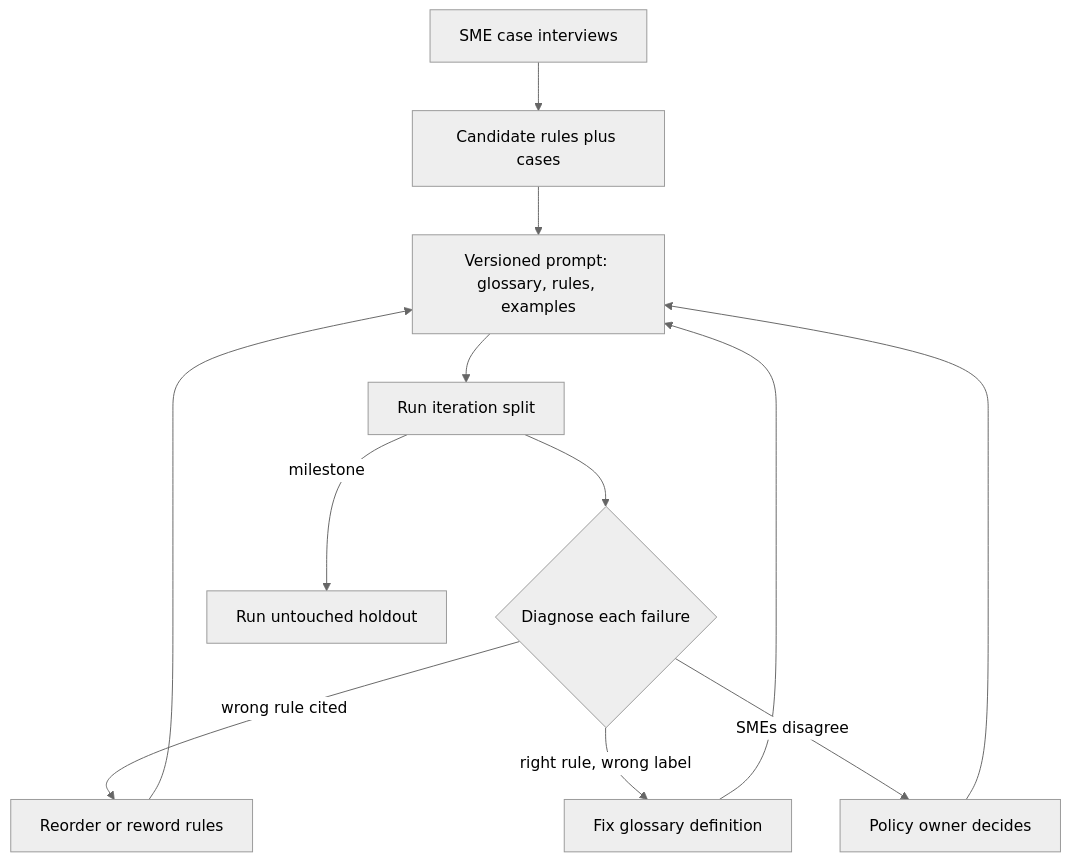
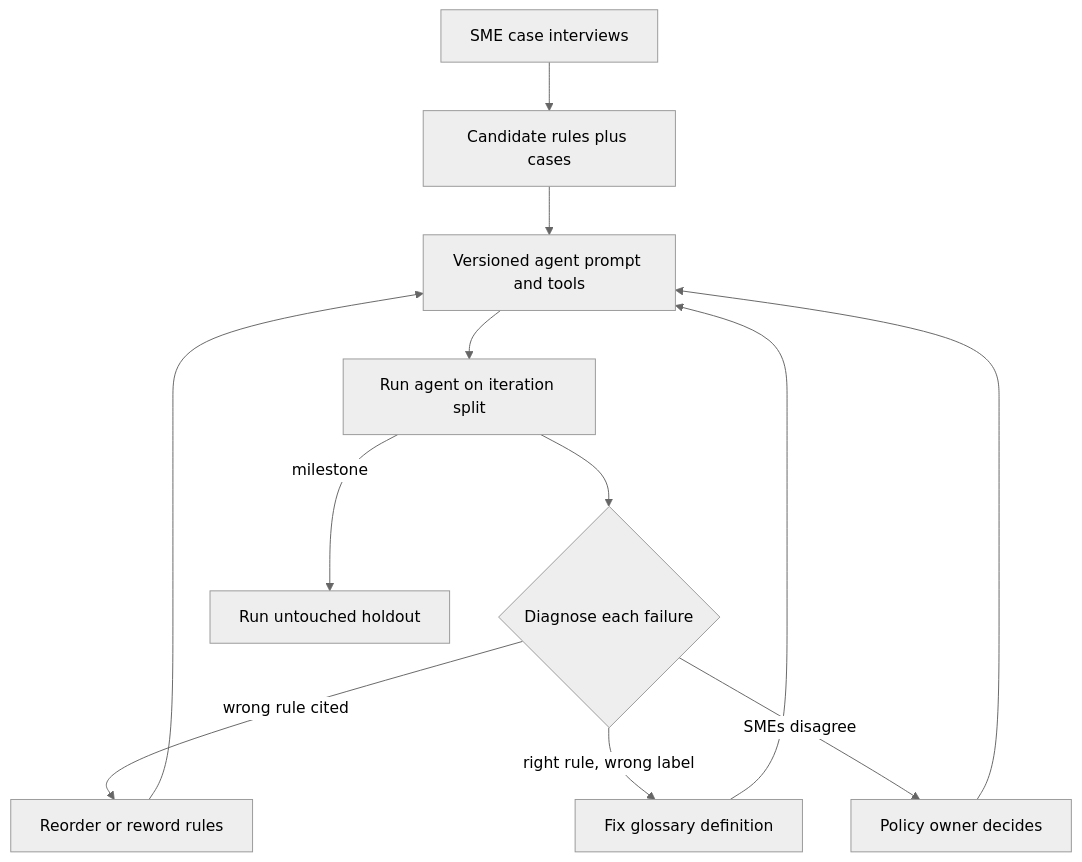
Before and after one commit to lovishmahajan97/agentic-learning: the diagram in content/customer-data-evaluation/domain-prompt-engineering.md, drawn with Mermaid (neutral theme). The commit also changed other lines of this file and 485 other files, not shown here.

````diff
--- a/content/customer-data-evaluation/domain-prompt-engineering.md
+++ b/content/customer-data-evaluation/domain-prompt-engineering.md
@@ -115,14 +135,14 @@
 ```mermaid
 flowchart TD
     S["SME case interviews"] --> R["Candidate rules plus cases"]
-    R --> P["Versioned prompt: glossary, rules, examples"]
-    P --> I["Run iteration split"]
+    R --> P["Versioned agent prompt and tools"]
+    P --> I["Run agent on iteration split"]
     I --> D{"Diagnose each failure"}
     D -->|"wrong rule cited"| O["Reorder or reword rules"]
     D -->|"right rule, wrong label"| G["Fix glossary definition"]
     D -->|"SMEs disagree"| PO["Policy owner decides"]
     O --> P
     G --> P
     PO --> P
     I -->|"milestone"| H["Run untouched holdout"]
 ```
````
